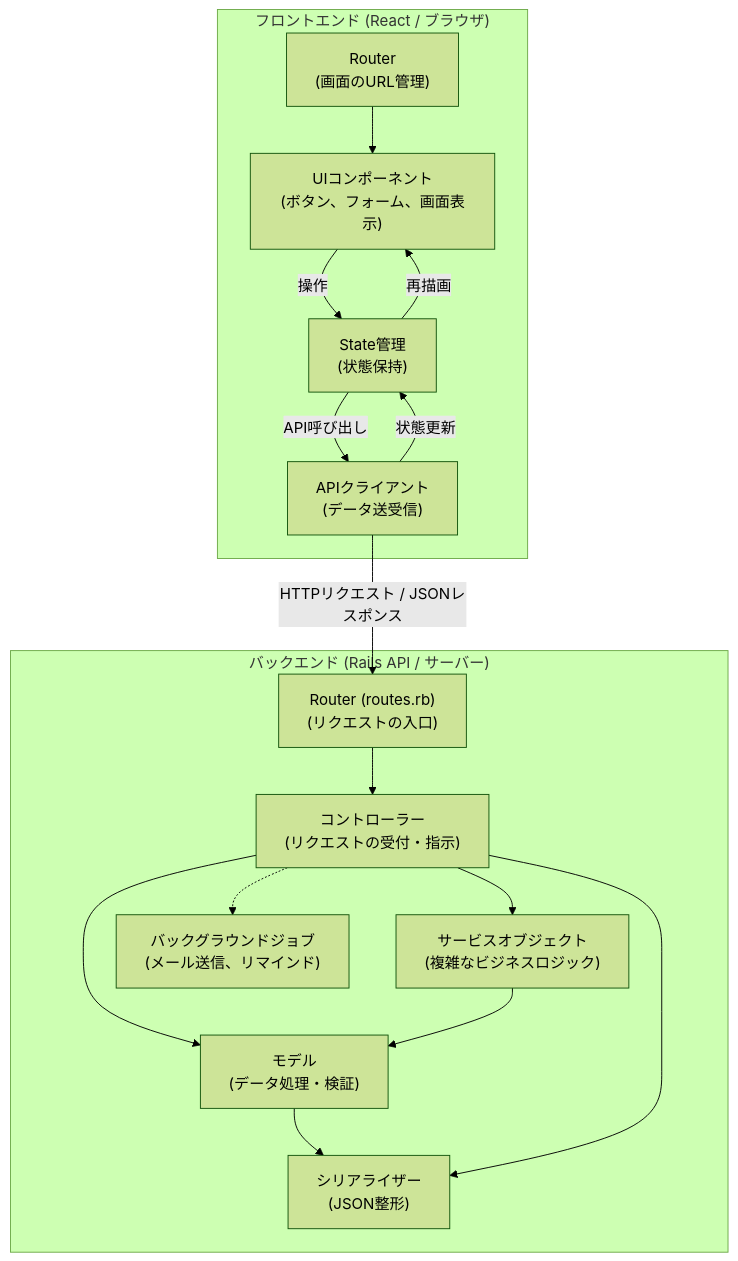
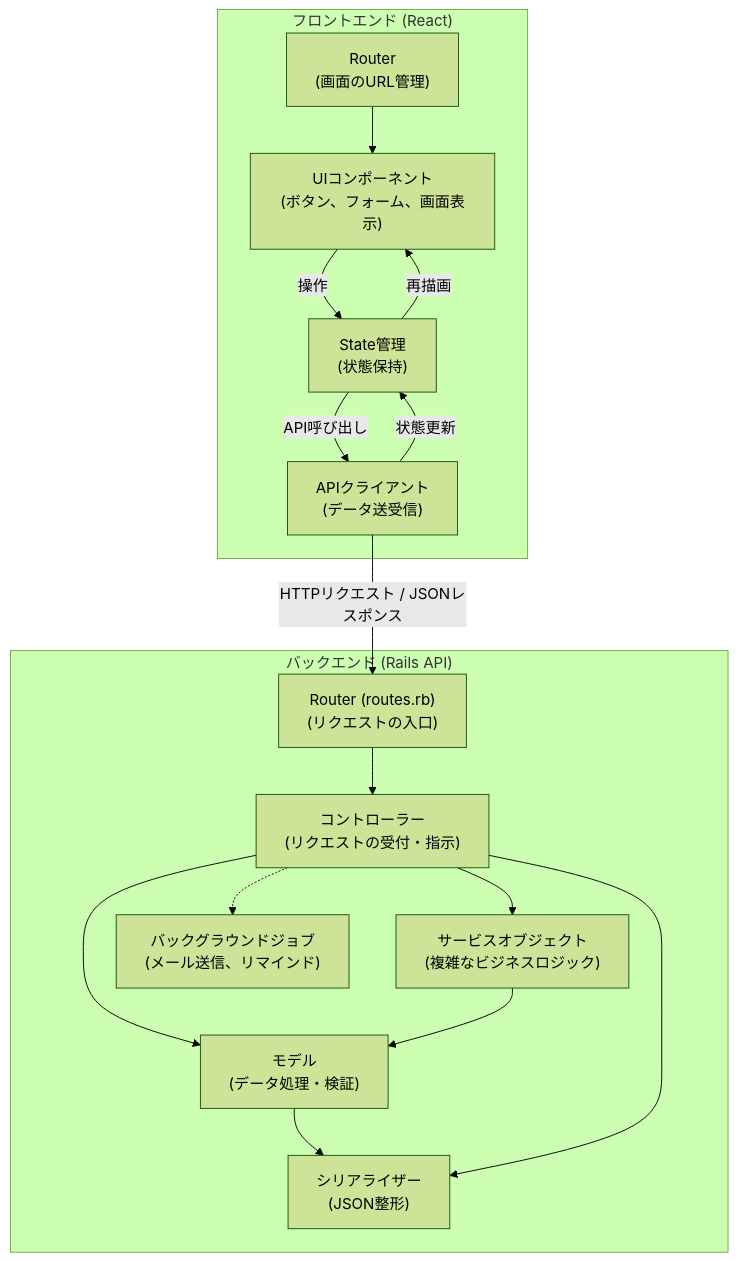
One commit to compile425/yubikirigennmann changed the ninth of 9 diagrams in documents/design.md. Above: the diagram before and after it, drawn with Mermaid (forest theme). The commit also changed other lines of this file, not shown here.

````diff
--- a/documents/design.md
+++ b/documents/design.md
@@ -264,23 +265,23 @@
 ```mermaid
 graph TD
-    subgraph "フロントエンド (React / ブラウザ)"
+    subgraph "フロントエンド (React)"
         F_Router["Router<br>(画面のURL管理)"] --> F_Components["UIコンポーネント<br>(ボタン、フォーム、画面表示)"]
         F_Components -- "操作" --> F_State["State管理<br>(状態保持)"]
         F_State -- "API呼び出し" --> F_API["APIクライアント<br>(データ送受信)"]
         F_API -- "状態更新" --> F_State
         F_State -- "再描画" --> F_Components
     end
 
-    subgraph "バックエンド (Rails API / サーバー)"
+    subgraph "バックエンド (Rails API)"
         B_Router["Router (routes.rb)<br>(リクエストの入口)"] --> B_Controllers["コントローラー<br>(リクエストの受付・指示)"]
         B_Controllers --> B_Services["サービスオブジェクト<br>(複雑なビジネスロジック)"]
         B_Controllers --> B_Models["モデル<br>(データ処理・検証)"]
         B_Services --> B_Models
         B_Models --> B_Serializers["シリアライザー<br>(JSON整形)"]
         B_Controllers --> B_Serializers
         B_Controllers -.-> B_Jobs["バックグラウンドジョブ<br>(メール送信、リマインド)"]
     end
 
     %% フロントエンドとバックエンドの連携
     F_API -- "HTTPリクエスト / JSONレスポンス" --> B_Router
 ```
````
